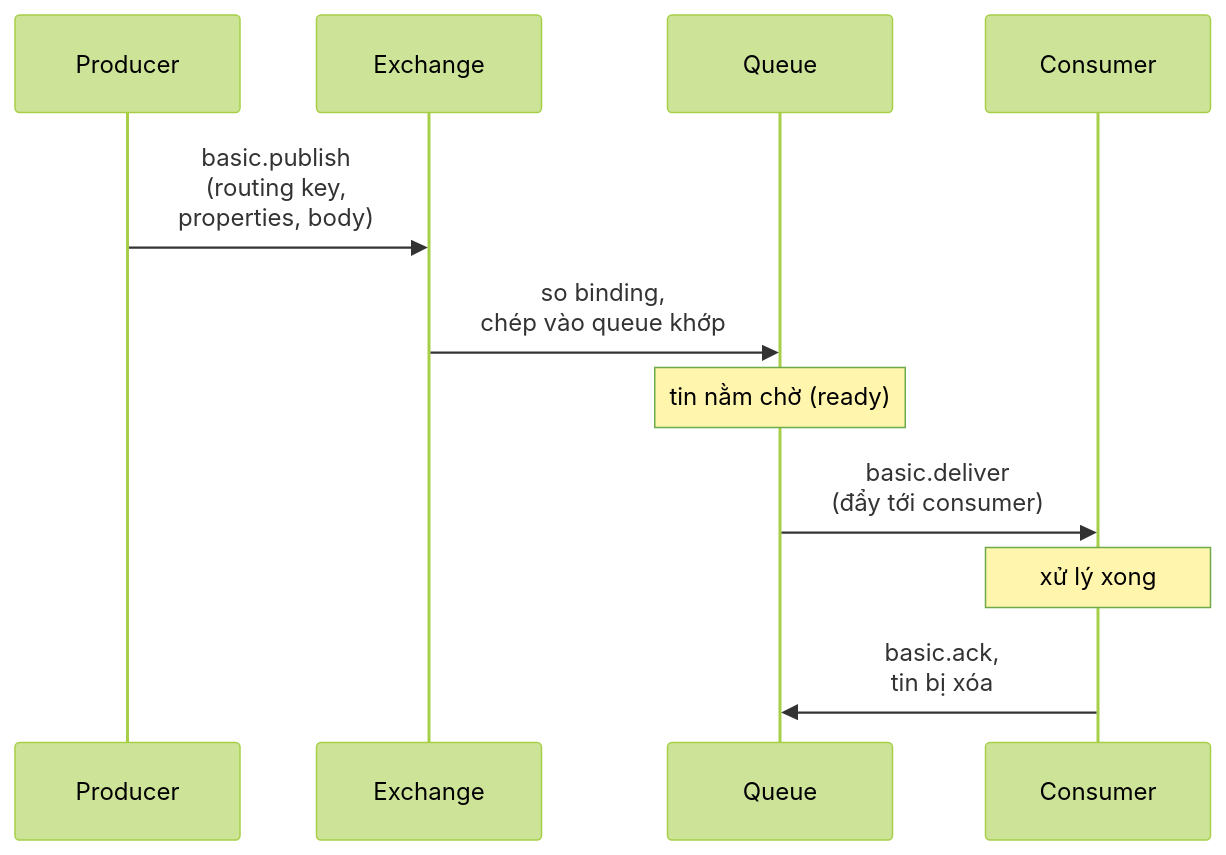
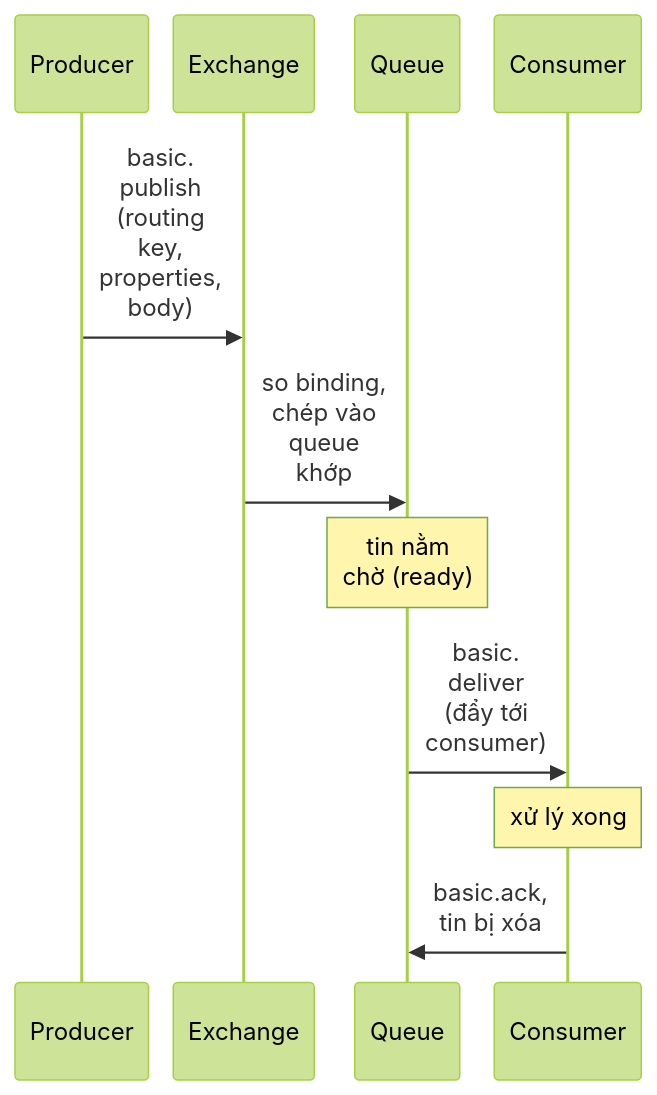
One commit to duongbui234/software-engineering-atlas changed the second of 2 diagrams in content/posts/2026-11-21-rabbitmq-amqp-model.md. Above: the diagram before and after it, drawn with Mermaid (forest theme). The commit also changed 134 other files, not shown here.

First line of the commit message:
Fit every Mermaid diagram at 390px without sideways scroll (#56)

````diff
--- a/content/posts/2026-11-21-rabbitmq-amqp-model.md
+++ b/content/posts/2026-11-21-rabbitmq-amqp-model.md
@@ -183,13 +183,14 @@
 ```mermaid
+%%{init: {"sequence": {"width": 60, "actorMargin": 6, "diagramMarginX": 4}}}%%
 sequenceDiagram
     participant P as Producer
     participant X as Exchange
     participant Q as Queue
     participant C as Consumer
-    P->>X: basic.publish<br/>(routing key,<br/>properties, body)
-    X->>Q: so binding,<br/>chép vào queue khớp
-    Note over Q: tin nằm chờ (ready)
-    Q->>C: basic.deliver<br/>(đẩy tới consumer)
+    P->>X: basic.<br/>publish<br/>(routing<br/>key,<br/>properties,<br/>body)
+    X->>Q: so binding,<br/>chép vào<br/>queue<br/>khớp
+    Note over Q: tin nằm<br/>chờ (ready)
+    Q->>C: basic.<br/>deliver<br/>(đẩy tới<br/>consumer)
     Note over C: xử lý xong
     C->>Q: basic.ack,<br/>tin bị xóa
 ```
````
